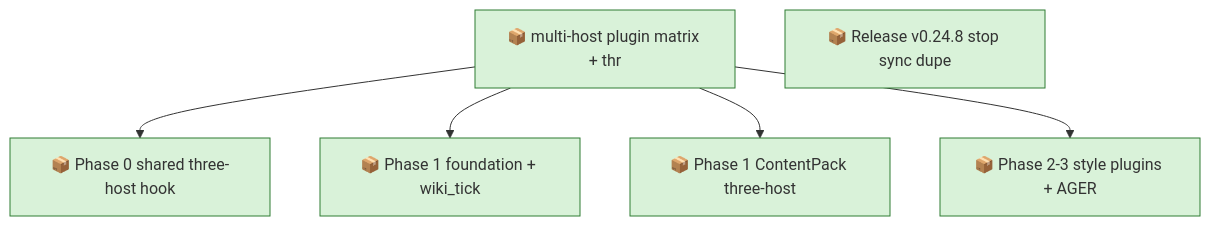
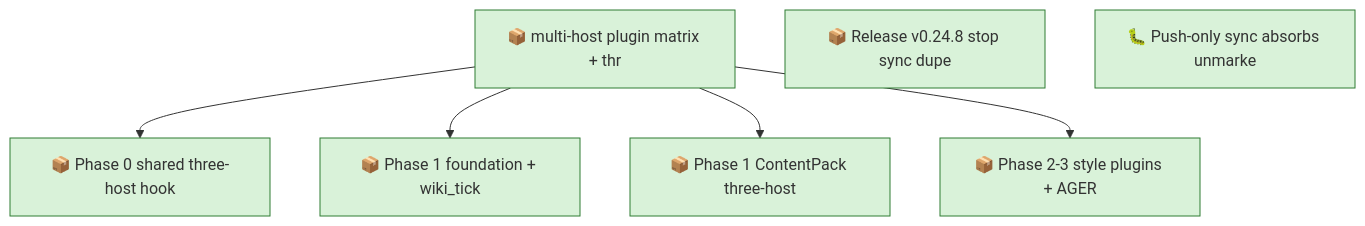
The first of 2 diagrams in docs/roadmap.md (SpillwaveSolutions/wiki_ticket_sdd), drawn with Mermaid before and after one commit. The commit also changed other lines of this file and 20 other files, not shown here.

First line of the commit message:
fix: push-only sync absorb unmarked remotes and closed-on-remote (#385)

````diff
--- a/docs/roadmap.md
+++ b/docs/roadmap.md
@@ -57,15 +58,16 @@
 ```mermaid
 graph TD
     01M0KCDKJRAZYMWDD9PFGHC6XY["📦 multi-host plugin matrix + thr"]
     01M0KCDV5GP8BMZT142MMAPAG7["📦 Phase 0 shared three-host hook"]
     01M0KCDV7AQEQ61TA2MYN3M5C3["📦 Phase 1 foundation + wiki_tick"]
     01M0KCDV94P4YPBXJXQZNNGQTM["📦 Phase 1 ContentPack three-host"]
     01M0KCDVAYS67SPN8FHAYY4DWX["📦 Phase 2-3 style plugins + AGER"]
     01M106V1CN004P95YGSKXX69Q3["📦 Release v0.24.8 stop sync dupe"]
+    01M12FX1MV11180BVA967VQBYP["🐛 Push-only sync absorbs unmarke"]
     01M0KCDKJRAZYMWDD9PFGHC6XY --> 01M0KCDV5GP8BMZT142MMAPAG7
     01M0KCDKJRAZYMWDD9PFGHC6XY --> 01M0KCDV7AQEQ61TA2MYN3M5C3
     01M0KCDKJRAZYMWDD9PFGHC6XY --> 01M0KCDV94P4YPBXJXQZNNGQTM
     01M0KCDKJRAZYMWDD9PFGHC6XY --> 01M0KCDVAYS67SPN8FHAYY4DWX
     classDef in_progress fill:#d9f2d9,stroke:#2e7d32
-    class 01M0KCDKJRAZYMWDD9PFGHC6XY,01M0KCDV5GP8BMZT142MMAPAG7,01M0KCDV7AQEQ61TA2MYN3M5C3,01M0KCDV94P4YPBXJXQZNNGQTM,01M0KCDVAYS67SPN8FHAYY4DWX,01M106V1CN004P95YGSKXX69Q3 in_progress
+    class 01M0KCDKJRAZYMWDD9PFGHC6XY,01M0KCDV5GP8BMZT142MMAPAG7,01M0KCDV7AQEQ61TA2MYN3M5C3,01M0KCDV94P4YPBXJXQZNNGQTM,01M0KCDVAYS67SPN8FHAYY4DWX,01M106V1CN004P95YGSKXX69Q3,01M12FX1MV11180BVA967VQBYP in_progress
 ```
````
